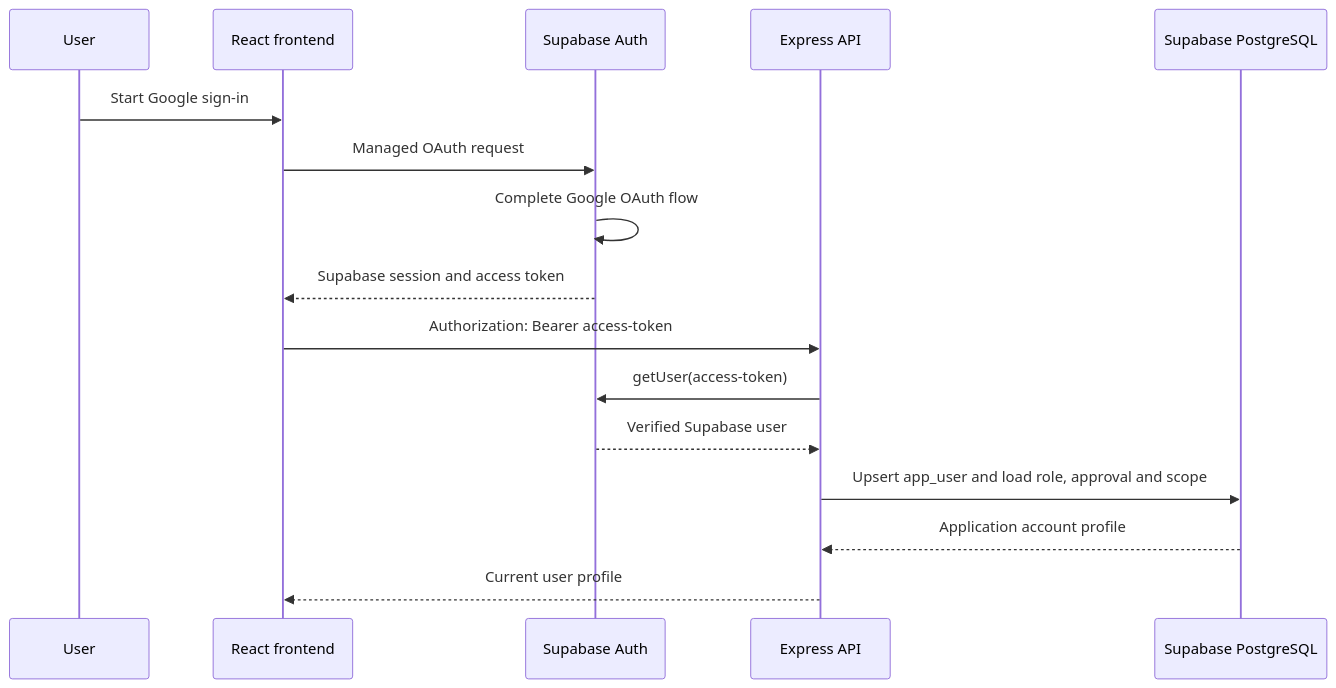
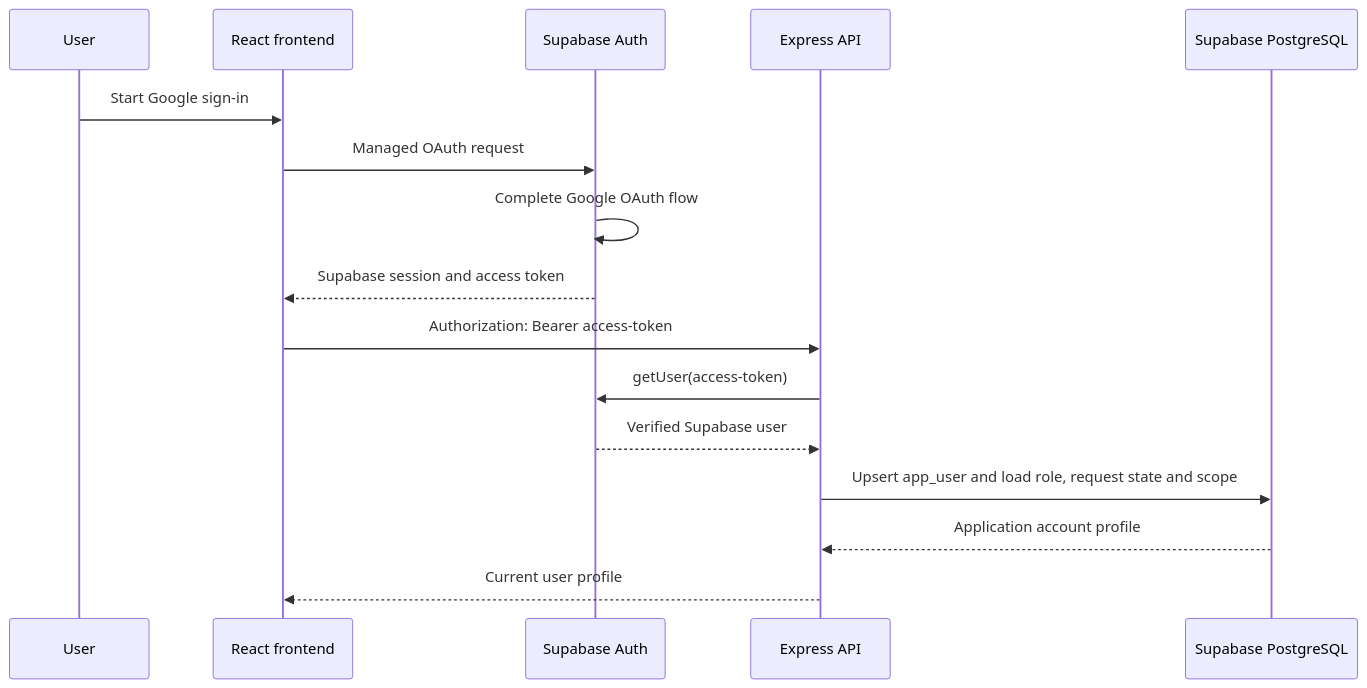
The diagram in docs/security/authentication.md (NadavSundy/Sport-Analytics-Tool), drawn with Mermaid before and after one commit. The commit also changed other lines of this file and 41 other files, not shown here.

````diff
--- a/docs/security/authentication.md
+++ b/docs/security/authentication.md
@@ -21,19 +21,19 @@
 ```mermaid
 sequenceDiagram
     participant User
     participant Frontend as React frontend
     participant Supabase as Supabase Auth
     participant API as Express API
     participant Database as Supabase PostgreSQL
 
     User->>Frontend: Start Google sign-in
     Frontend->>Supabase: Managed OAuth request
     Supabase->>Supabase: Complete Google OAuth flow
     Supabase-->>Frontend: Supabase session and access token
     Frontend->>API: Authorization: Bearer access-token
     API->>Supabase: getUser(access-token)
     Supabase-->>API: Verified Supabase user
-    API->>Database: Upsert app_user and load role, approval and scope
+    API->>Database: Upsert app_user and load role, request state and scope
     Database-->>API: Application account profile
     API-->>Frontend: Current user profile
 ```
````
